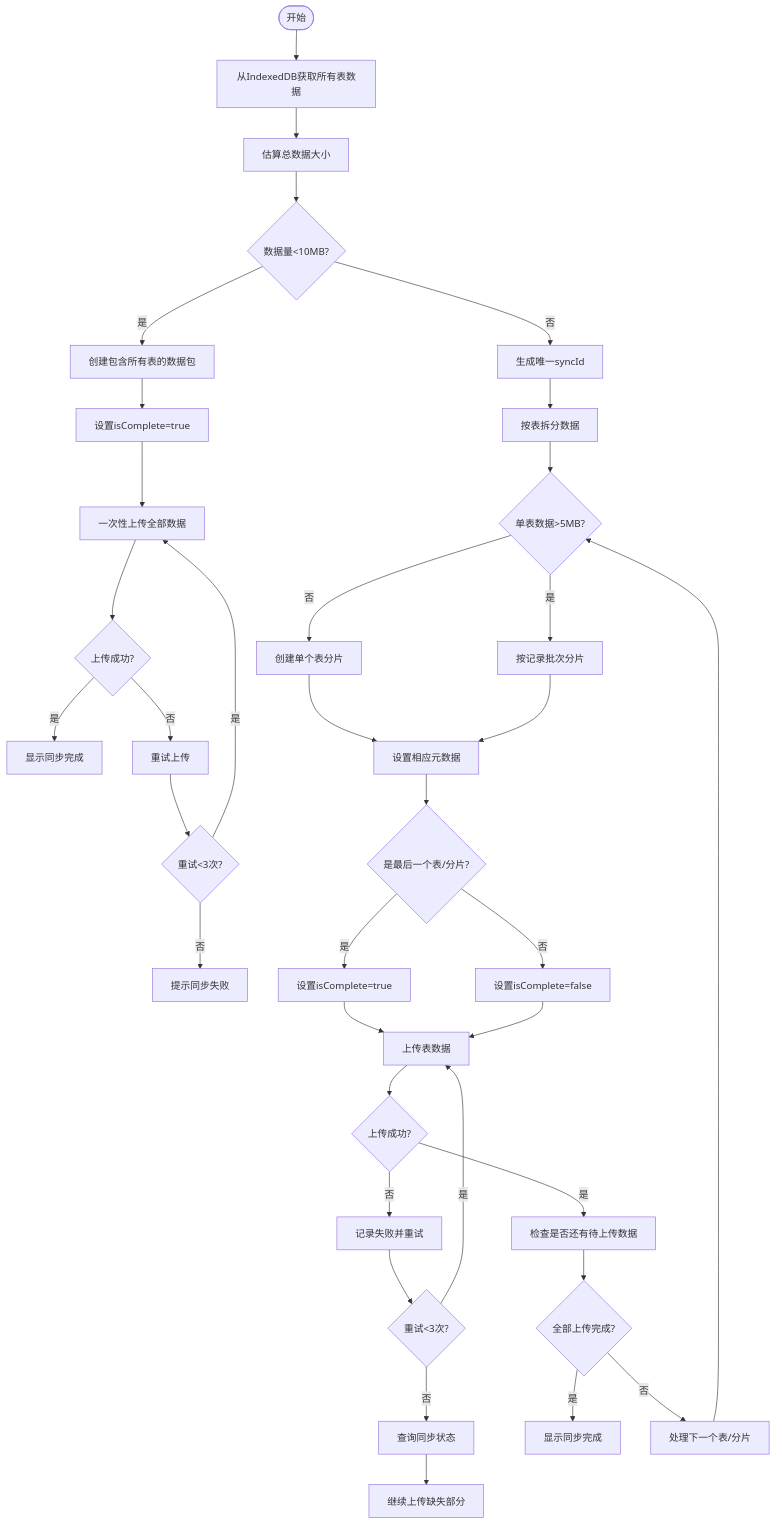
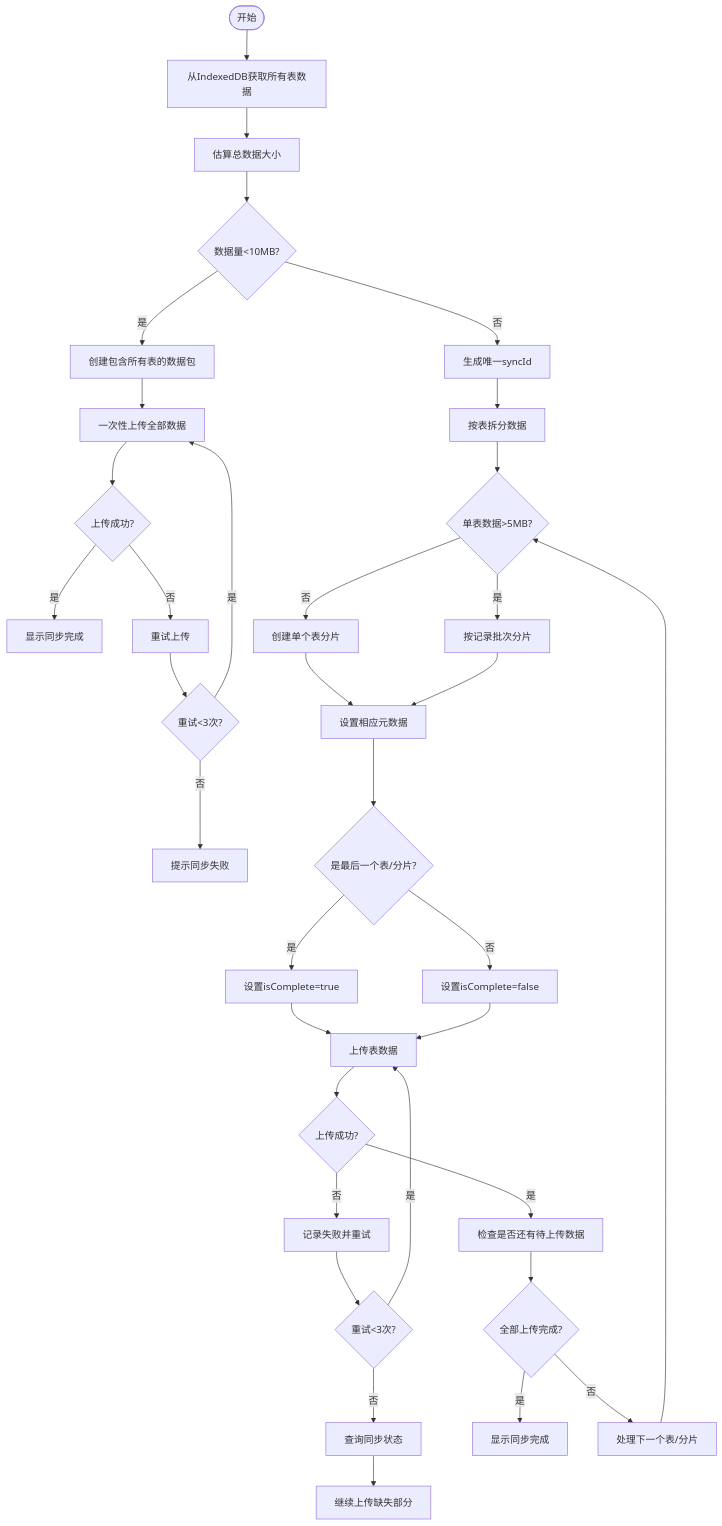
One commit to yingjianzh/iodraw-files changed the diagram in all/未命名-62.md. Above: the diagram before and after it, drawn with Mermaid.

Commit message:
2025-05-16 14:41:49 update

````diff
--- a/all/未命名-62.md
+++ b/all/未命名-62.md
@@ -1,44 +1,43 @@
 ```mermaid
 
 flowchart TD
     A([开始]) -->E[从IndexedDB获取所有表数据]
     E --> F[估算总数据大小]
     F --> G{数据量<10MB?}
     
     %% 小数据量处理流程
     G -->|是| H[创建包含所有表的数据包]
-    H --> I[设置isComplete=true]
-    I --> J[一次性上传全部数据]
+    H --> J[一次性上传全部数据]
     J --> K{上传成功?}
     K -->|是| L[显示同步完成]
     K -->|否| M[重试上传]
     M --> N{重试<3次?}
     N -->|是| J
     N -->|否| O[提示同步失败]
     
     %% 中大数据量处理流程
     G -->|否| P[生成唯一syncId]
     P --> Q[按表拆分数据]
     Q --> R{单表数据>5MB?}
     R -->|否| S[创建单个表分片]
     R -->|是| T[按记录批次分片]
     S --> U[设置相应元数据]
     T --> U
     U --> V{是最后一个表/分片?}
     V -->|是| W[设置isComplete=true]
     V -->|否| X[设置isComplete=false]
     W --> Y[上传表数据]
     X --> Y
     Y --> Z{上传成功?}
     Z -->|是| AA[检查是否还有待上传数据]
     Z -->|否| AB[记录失败并重试]
     AB --> AC{重试<3次?}
     AC -->|是| Y
     AC -->|否| AD[查询同步状态]
     AD --> AE[继续上传缺失部分]
     AA --> AF{全部上传完成?}
     AF -->|是| AG[显示同步完成]
     AF -->|否| AH[处理下一个表/分片]
     AH --> R
 
 ```
````
